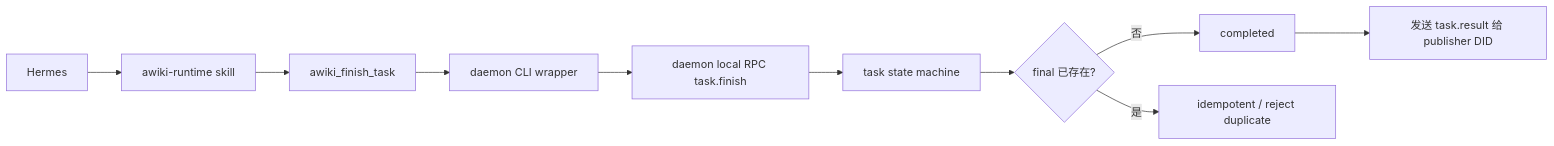
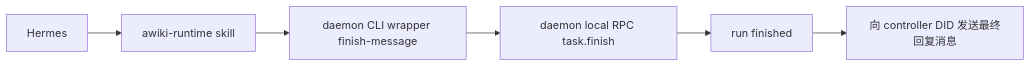
Before and after one commit to AgentConnect/awiki-cli-rs2: the seventh of 7 diagrams in crates/awiki-deamon/docs/hermes-plugin/hermes_runtime_plugin_design.md, drawn with Mermaid. The commit also changed other lines of this file, not shown here.

````diff
--- a/crates/awiki-deamon/docs/hermes-plugin/hermes_runtime_plugin_design.md
+++ b/crates/awiki-deamon/docs/hermes-plugin/hermes_runtime_plugin_design.md
@@ -1538,12 +1149,8 @@
 ```mermaid
 flowchart LR
     A["Hermes"] --> B["awiki-runtime skill"]
-    B --> C["awiki_finish_task"]
-    C --> D["daemon CLI wrapper"]
-    D --> E["daemon local RPC task.finish"]
-    E --> F["task state machine"]
-    F --> G{"final 已存在?"}
-    G -->|否| H["completed"]
-    G -->|是| I["idempotent / reject duplicate"]
-    H --> J["发送 task.result 给 publisher DID"]
+    B --> C["daemon CLI wrapper finish-message"]
+    C --> D["daemon local RPC task.finish"]
+    D --> E["run finished"]
+    E --> F["向 controller DID 发送最终回复消息"]
 ```
````
